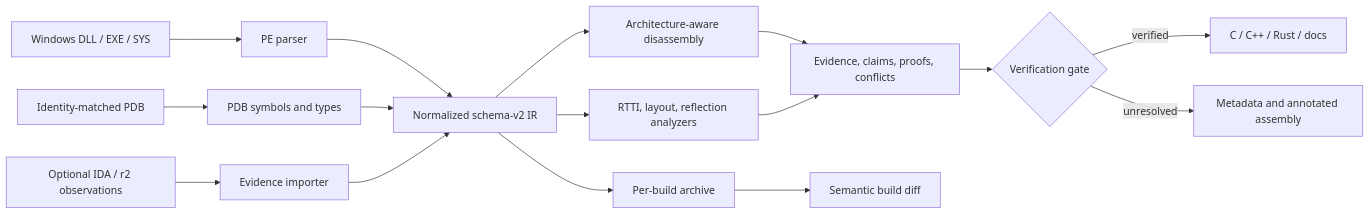
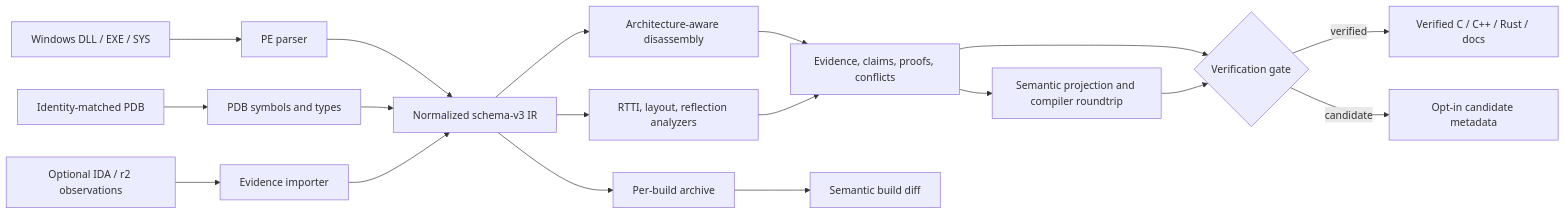
The diagram in docs/architecture.md (razecrs/windissect), drawn with Mermaid before and after one commit. The commit also changed other lines of this file and 51 other files, not shown here.

````diff
--- a/docs/architecture.md
+++ b/docs/architecture.md
@@ -7,18 +7,20 @@
 ```mermaid
 flowchart LR
     A[Windows DLL / EXE / SYS] --> B[PE parser]
     P[Identity-matched PDB] --> C[PDB symbols and types]
-    B --> D[Normalized schema-v2 IR]
+    B --> D[Normalized schema-v3 IR]
     C --> D
     O[Optional IDA / r2 observations] --> E[Evidence importer]
     E --> D
     D --> F[Architecture-aware disassembly]
     D --> G[RTTI, layout, reflection analyzers]
     F --> H[Evidence, claims, proofs, conflicts]
     G --> H
     H --> V{Verification gate}
-    V -->|verified| I[C / C++ / Rust / docs]
-    V -->|unresolved| J[Metadata and annotated assembly]
+    V -->|verified| I[Verified C / C++ / Rust / docs]
+    V -->|candidate| J[Opt-in candidate metadata]
+    H --> S[Semantic projection and compiler roundtrip]
+    S --> V
     D --> K[Per-build archive]
     K --> L[Semantic build diff]
 ```
````
